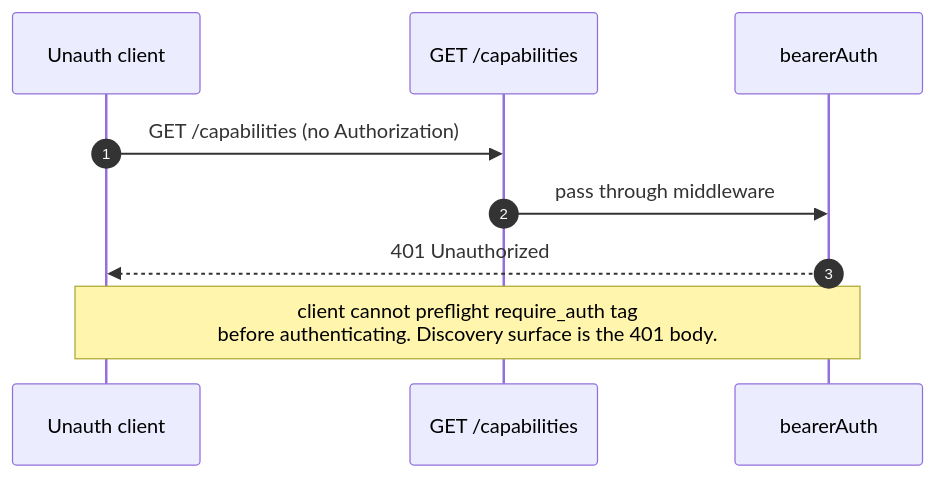
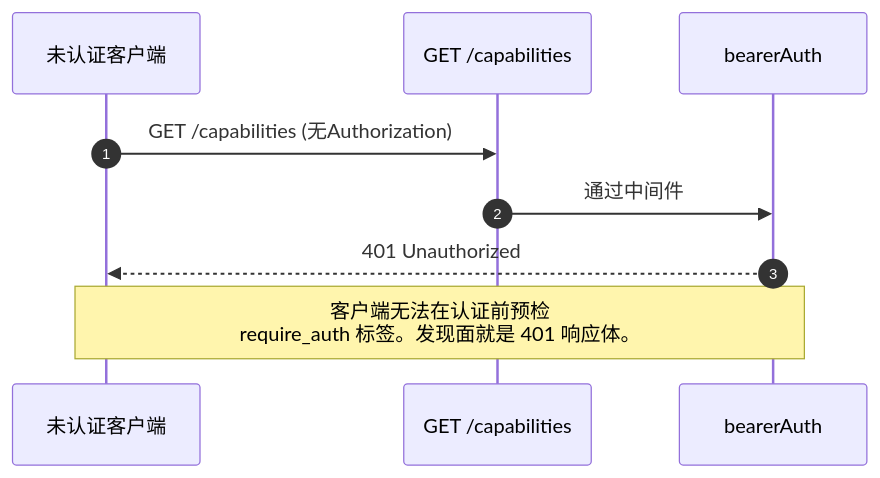
Before and after one commit to QwenLM/qwen-code-docs: the third of 4 diagrams in website/content/zh/developers/daemon/12-auth-security.md, drawn with Mermaid. The commit also changed other lines of this file and 1077 other files, not shown here.

````diff
--- a/website/content/zh/developers/daemon/12-auth-security.md
+++ b/website/content/zh/developers/daemon/12-auth-security.md
@@ -196,12 +196,12 @@
 ```mermaid
 sequenceDiagram
     autonumber
-    participant C as Unauth client
+    participant C as 未认证客户端
     participant CAPS as GET /capabilities
     participant BA as bearerAuth
 
-    C->>CAPS: GET /capabilities (no Authorization)
-    CAPS->>BA: pass through middleware
+    C->>CAPS: GET /capabilities (无Authorization)
+    CAPS->>BA: 通过中间件
     BA-->>C: 401 Unauthorized
-    Note over C,BA: client cannot preflight require_auth tag<br/>before authenticating. Discovery surface is the 401 body.
+    Note over C,BA: 客户端无法在认证前预检<br/>require_auth 标签。发现面就是 401 响应体。
 ```
````
